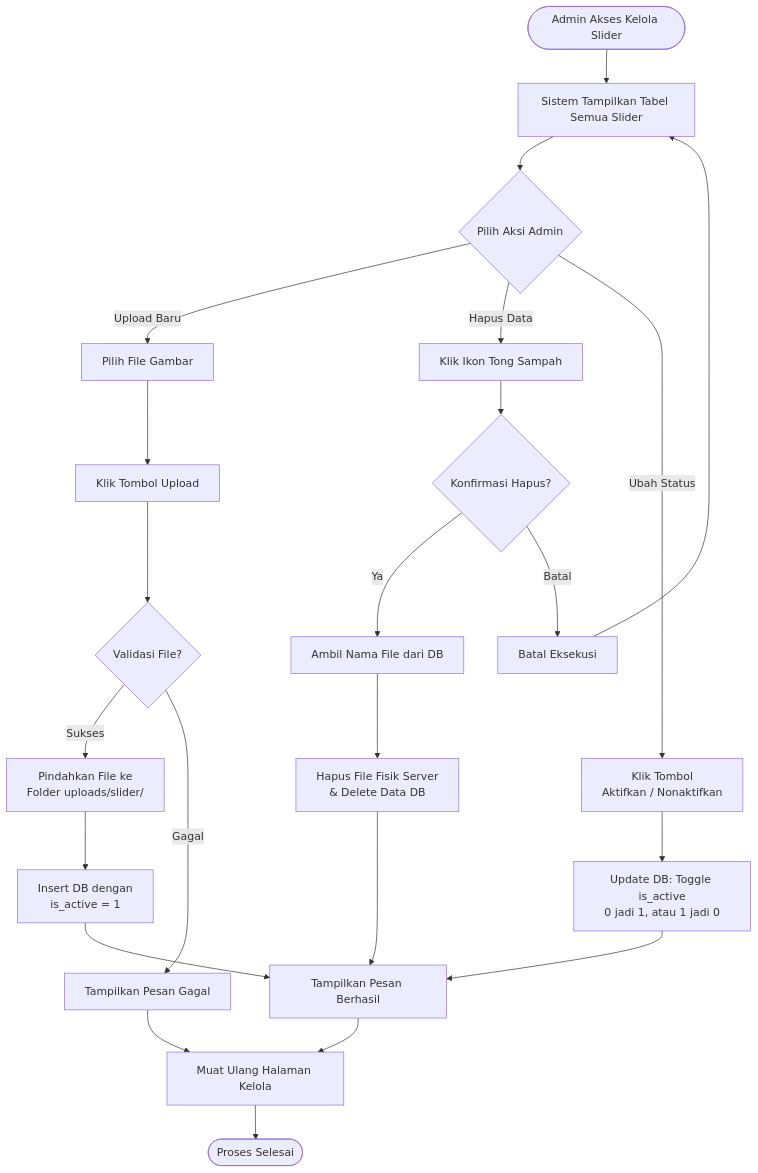
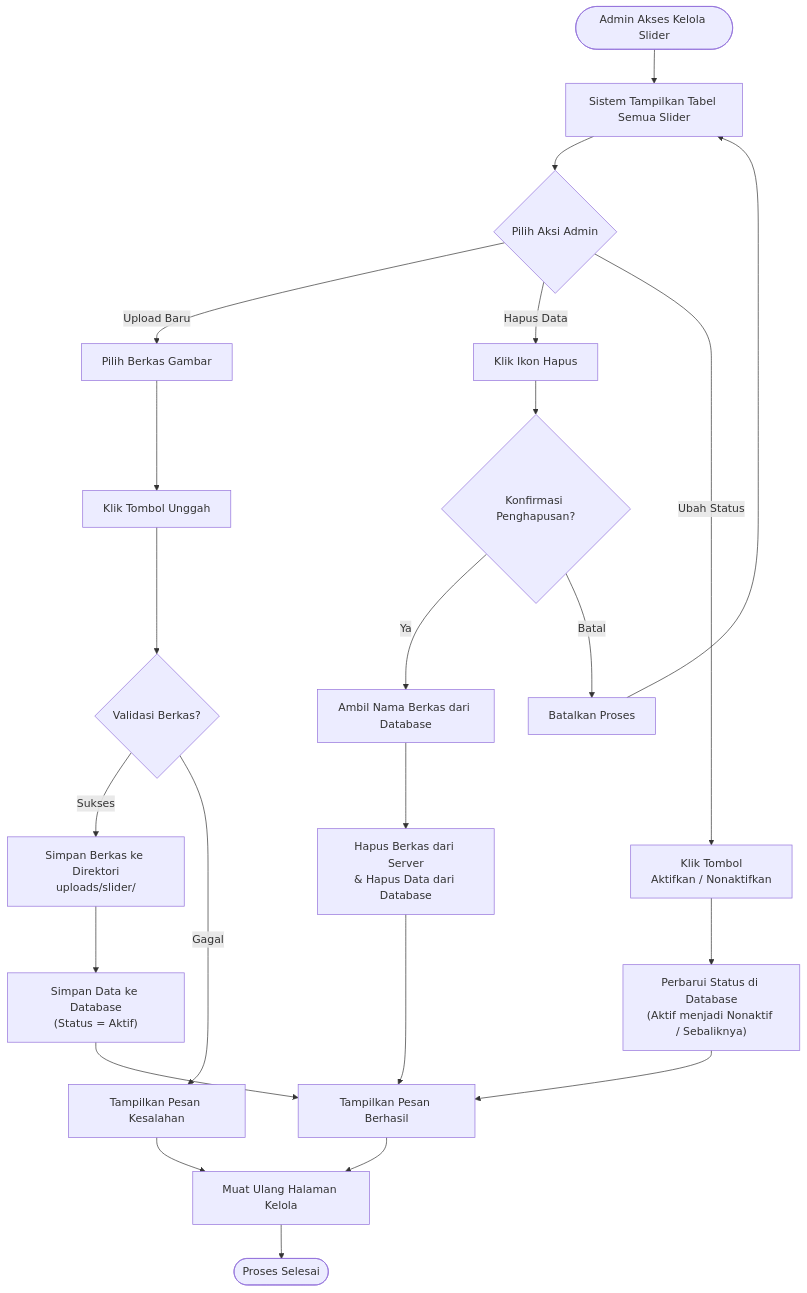
Before and after one commit to arbain-dev/Web_fikom: the second of 2 diagrams in docs/activity_diagram_slider.md, drawn with Mermaid.

Commit message:
docs: ubah teks diagram slider menjadi bahasa indonesia yang lebih formal

````diff
--- a/docs/activity_diagram_slider.md
+++ b/docs/activity_diagram_slider.md
@@ -45,33 +45,33 @@
 ```mermaid
 flowchart TD
     Start(["Admin Akses Kelola Slider"]) --> ShowTable["Sistem Tampilkan Tabel Semua Slider"]
     
     ShowTable --> Action{"Pilih Aksi Admin"}
     
     %% Alur Upload / Tambah Baru
-    Action -- "Upload Baru" --> SelectFile["Pilih File Gambar"]
-    SelectFile --> UploadSubmit["Klik Tombol Upload"]
-    UploadSubmit --> Validation{"Validasi File?"}
-    Validation -- "Sukses" --> CopyFile["Pindahkan File ke<br>Folder uploads/slider/"]
-    CopyFile --> InsertDB["Insert DB dengan<br>is_active = 1"]
+    Action -- "Upload Baru" --> SelectFile["Pilih Berkas Gambar"]
+    SelectFile --> UploadSubmit["Klik Tombol Unggah"]
+    UploadSubmit --> Validation{"Validasi Berkas?"}
+    Validation -- "Sukses" --> CopyFile["Simpan Berkas ke Direktori<br>uploads/slider/"]
+    CopyFile --> InsertDB["Simpan Data ke Database<br>(Status = Aktif)"]
     InsertDB --> NoticeSuccess["Tampilkan Pesan Berhasil"]
-    Validation -- "Gagal" --> NoticeFail["Tampilkan Pesan Gagal"]
+    Validation -- "Gagal" --> NoticeFail["Tampilkan Pesan Kesalahan"]
     
     %% Alur Hapus
-    Action -- "Hapus Data" --> ClickDelete["Klik Ikon Tong Sampah"]
-    ClickDelete --> ConfirmDelete{"Konfirmasi Hapus?"}
-    ConfirmDelete -- "Ya" --> FetchImage["Ambil Nama File dari DB"]
-    FetchImage --> Unlink["Hapus File Fisik Server<br>& Delete Data DB"]
+    Action -- "Hapus Data" --> ClickDelete["Klik Ikon Hapus"]
+    ClickDelete --> ConfirmDelete{"Konfirmasi Penghapusan?"}
+    ConfirmDelete -- "Ya" --> FetchImage["Ambil Nama Berkas dari Database"]
+    FetchImage --> Unlink["Hapus Berkas dari Server<br>& Hapus Data dari Database"]
     Unlink --> NoticeSuccess
-    ConfirmDelete -- "Batal" --> CancelAction["Batal Eksekusi"]
+    ConfirmDelete -- "Batal" --> CancelAction["Batalkan Proses"]
     
-    %% Alur Toggle Status
+    %% Alur Ubah Status
     Action -- "Ubah Status" --> ClickToggle["Klik Tombol<br>Aktifkan / Nonaktifkan"]
-    ClickToggle --> UpdateStatus["Update DB: Toggle is_active<br>0 jadi 1, atau 1 jadi 0"]
+    ClickToggle --> UpdateStatus["Perbarui Status di Database<br>(Aktif menjadi Nonaktif / Sebaliknya)"]
     UpdateStatus --> NoticeSuccess
     
     NoticeSuccess --> Refresh["Muat Ulang Halaman Kelola"]
     NoticeFail --> Refresh
     CancelAction --> ShowTable
     Refresh --> End(["Proses Selesai"])
 ```
````
